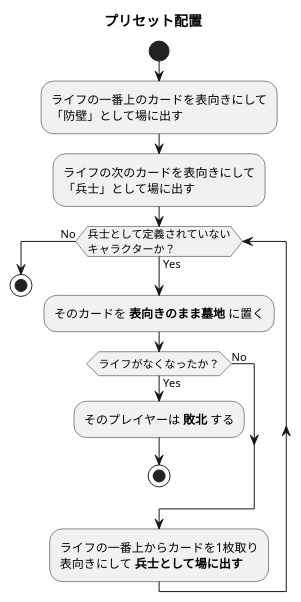
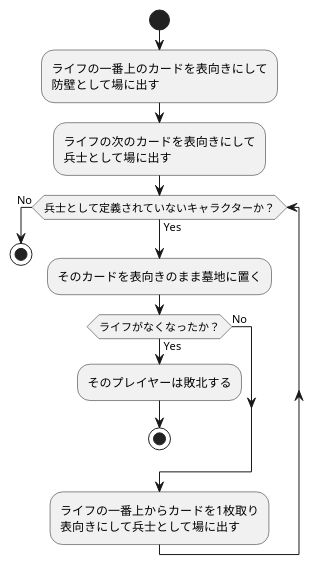
One commit to BlackPoker/BlackPoker changed the diagram in source/common/preset-flow.puml. Above: the diagram before and after it, drawn with PlantUML.

Commit message:
docs: Add PlantUML diagrams for common preset flows and test guidelines.

```diff
--- a/source/common/preset-flow.puml
+++ b/source/common/preset-flow.puml
@@ -1,24 +1,20 @@
-@startuml preset-flow
-title プリセット配置
-
+@startuml
 start
 :ライフの一番上のカードを表向きにして
-「防壁」として場に出す;
+防壁として場に出す;
 
 :ライフの次のカードを表向きにして
-「兵士」として場に出す;
+兵士として場に出す;
 
-while (兵士として定義されていない\nキャラクターか？) is (Yes)
-    :そのカードを **表向きのまま墓地** に置く;
+while (兵士として定義されていないキャラクターか？) is (Yes)
+    :そのカードを表向きのまま墓地に置く;
     if (ライフがなくなったか？) then (Yes)
-        :そのプレイヤーは **敗北** する;
+        :そのプレイヤーは敗北する;
         stop
     else (No)
     endif
     :ライフの一番上からカードを1枚取り
-    表向きにして **兵士として場に出す** ;
+    表向きにして兵士として場に出す;
 endwhile (No)
-
 stop
-
 @enduml
```
